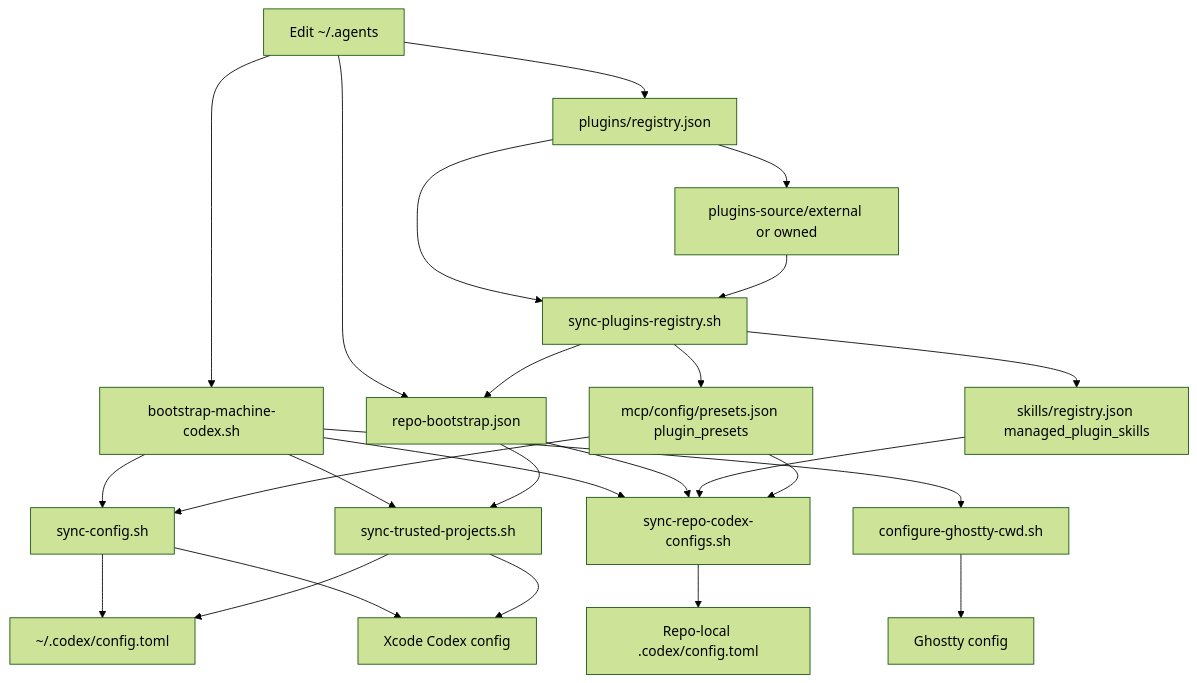
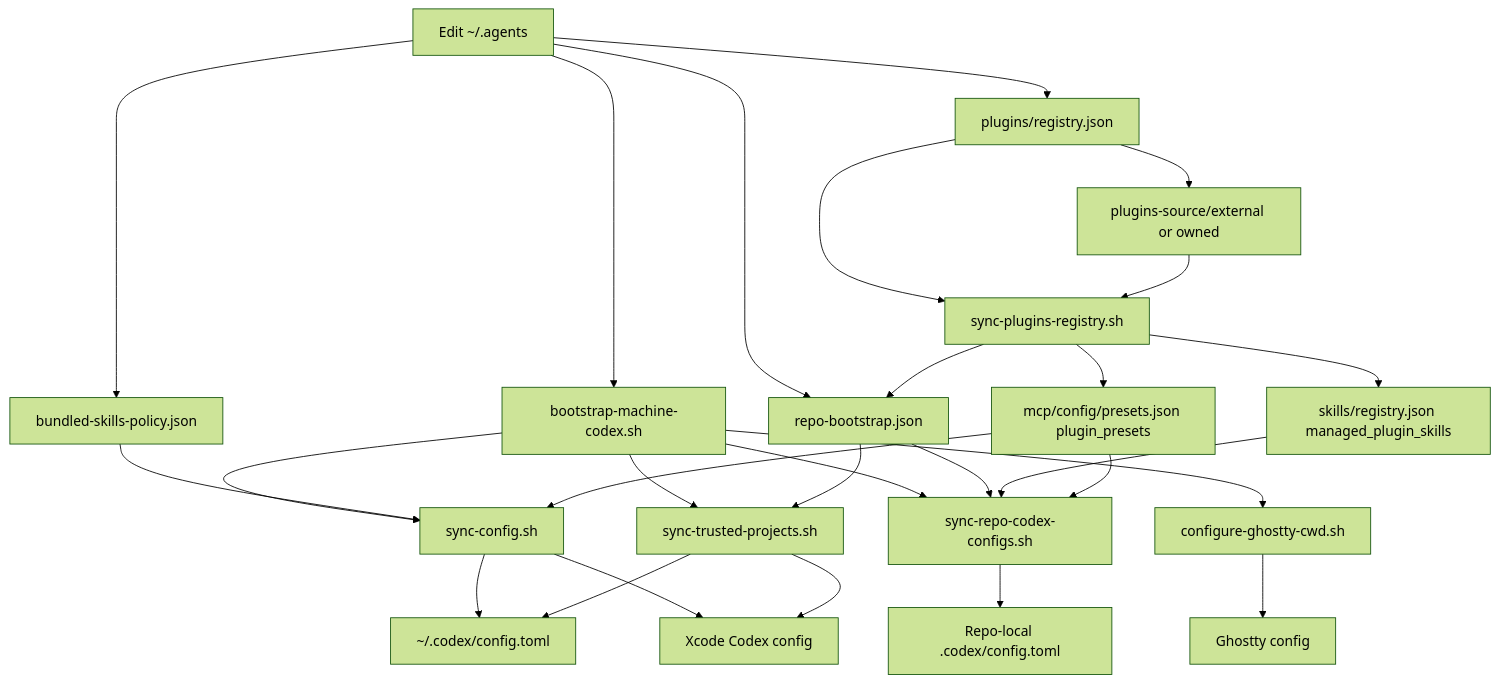
The second of 3 diagrams in docs/architecture/codex-control-plane.md (wisdom-in-a-nutshell/.agents), drawn with Mermaid (forest theme) before and after one commit. The commit also changed other lines of this file and 12 other files, not shown here.

````diff
--- a/docs/architecture/codex-control-plane.md
+++ b/docs/architecture/codex-control-plane.md
@@ -42,27 +44,29 @@
 ```mermaid
 flowchart TD
     A[Edit ~/.agents] --> B[bootstrap-machine-codex.sh]
     A --> P[plugins/registry.json]
     A --> R[repo-bootstrap.json]
     P --> Q[sync-plugins-registry.sh]
     P --> S[plugins-source/external or owned]
+    A --> V[bundled-skills-policy.json]
     S --> Q
     B --> C[sync-config.sh]
     B --> D[sync-trusted-projects.sh]
     B --> E[sync-repo-codex-configs.sh]
     B --> F[configure-ghostty-cwd.sh]
     Q --> T[skills/registry.json managed_plugin_skills]
     Q --> U[mcp/config/presets.json plugin_presets]
     Q --> R
     C --> G[~/.codex/config.toml]
     C --> H[Xcode Codex config]
+    V --> C
     R --> D
     R --> E
     T --> E
     U --> C
     U --> E
     D --> G
     D --> H
     E --> I[Repo-local .codex/config.toml]
     F --> J[Ghostty config]
 ```
````
